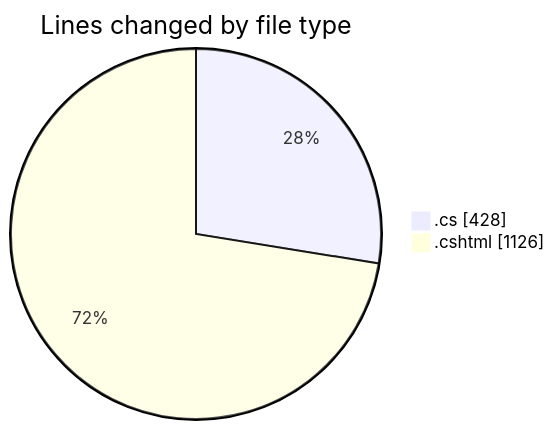
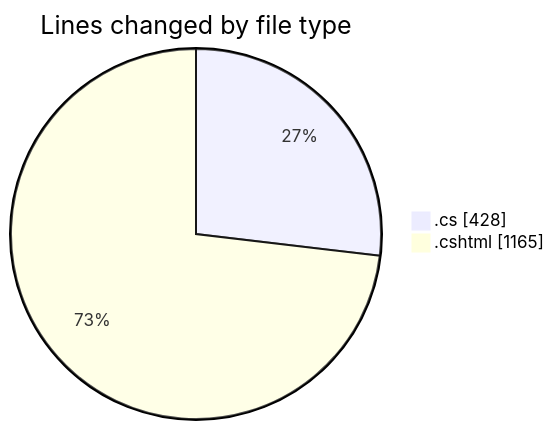
One commit to lephambinh05/code-tracking changed the first of 2 diagrams in 2025-07-16/nhahang/README.md. Above: the diagram before and after it, drawn with Mermaid. The commit also changed other lines of this file and 1 other file, not shown here.

````diff
--- a/2025-07-16/nhahang/README.md
+++ b/2025-07-16/nhahang/README.md
@@ -48,6 +48,6 @@
 ```mermaid
 pie showData
 title Lines changed by file type
 ".cs" : 428
-".cshtml" : 1126
+".cshtml" : 1165
 ```
````
